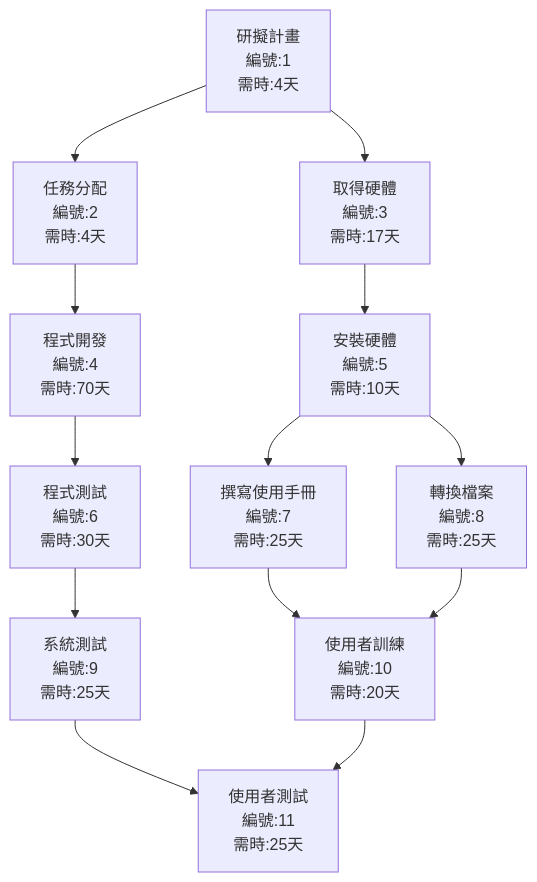
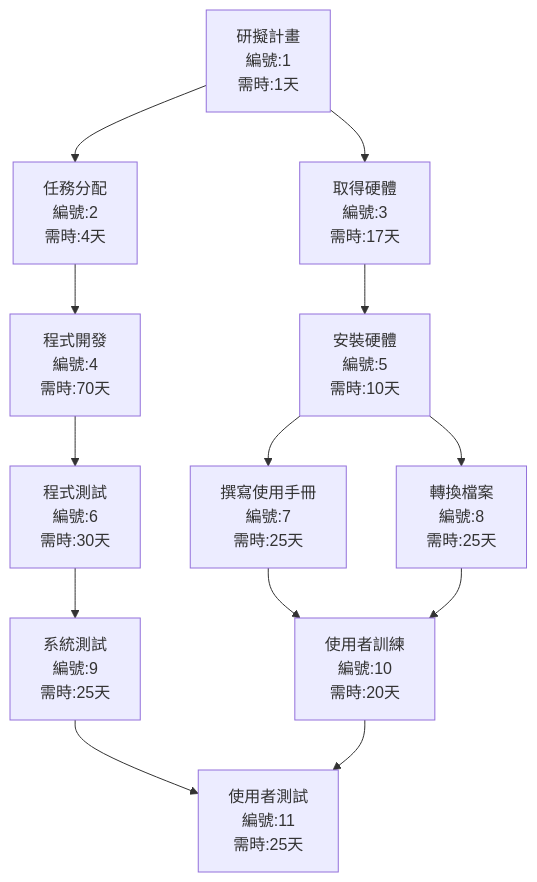
One commit to raikeeee/C112118227 changed the second of 2 diagrams in hw2.md. Above: the diagram before and after it, drawn with Mermaid.

````diff
--- a/hw2.md
+++ b/hw2.md
@@ -18,29 +18,29 @@
 ```mermaid
 flowchart TD
-    no1["研擬計畫 <br> 編號:1 <br> 需時:4天"]
+    no1["研擬計畫 <br> 編號:1 <br> 需時:1天"]
     no2["任務分配 <br> 編號:2 <br> 需時:4天"]
     no3["取得硬體 <br> 編號:3 <br> 需時:17天"]
     no4["程式開發 <br> 編號:4 <br> 需時:70天"]
     no5["安裝硬體 <br> 編號:5 <br> 需時:10天"]
     no6["程式測試 <br> 編號:6 <br> 需時:30天"]
     no7["撰寫使用手冊 <br> 編號:7 <br> 需時:25天"]
     no8["轉換檔案 <br> 編號:8 <br> 需時:25天"]
     no9["系統測試 <br> 編號:9 <br> 需時:25天"]
     no10["使用者訓練 <br> 編號:10 <br> 需時:20天"]
     no11["使用者測試 <br> 編號:11 <br> 需時:25天"]
 
     no1 --> no2
     no1 --> no3
     no2 --> no4
     no3 --> no5
     no4 --> no6
     no5 --> no7
     no5 --> no8
     no6 --> no9
     no7 --> no10
     no8 --> no10
     no9 --> no11
     no10 --> no11
 
 
 ```
````
